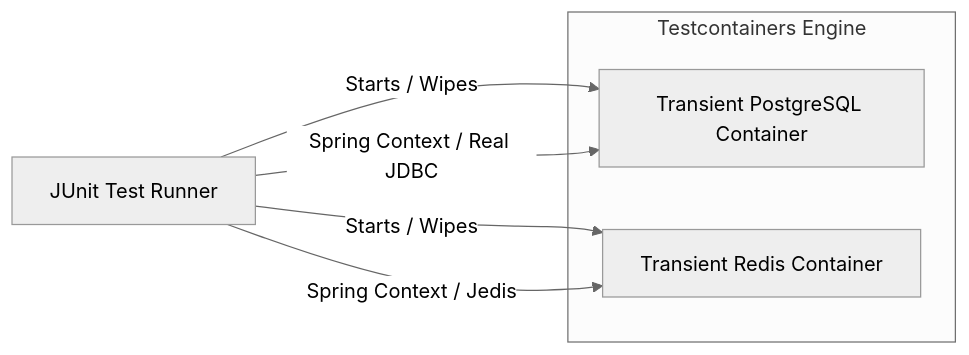
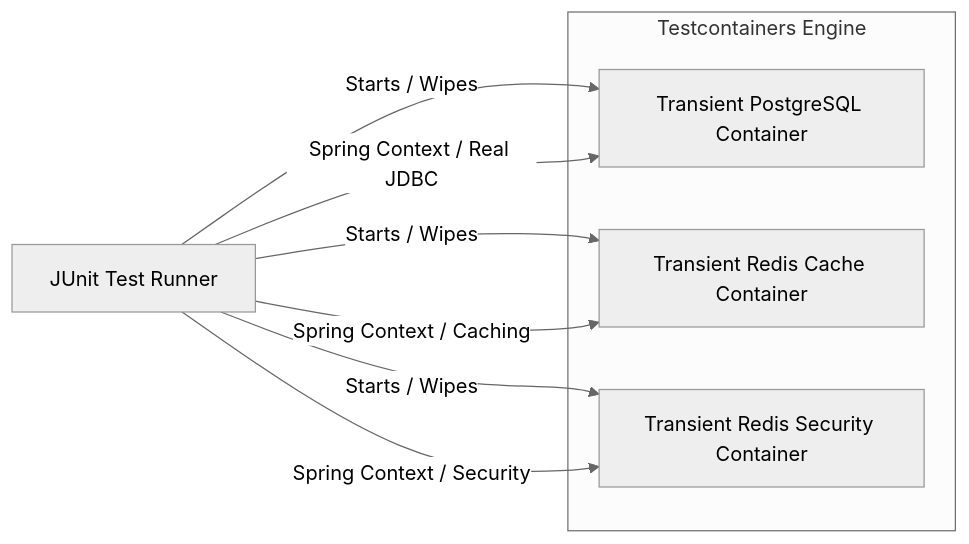
Before and after one commit to Dhruv0306/cloudshare-app: the diagram in docs/system-design/testing-strategy.md, drawn with Mermaid (neutral theme). The commit also changed other lines of this file, not shown here.

Commit message:
docs: configure dual-Redis Testcontainers in integration testing strategy

````diff
--- a/docs/system-design/testing-strategy.md
+++ b/docs/system-design/testing-strategy.md
@@ -71,13 +71,15 @@
 ```mermaid
 flowchart LR
     TestRunner[JUnit Test Runner]
     
     subgraph Testcontainers Engine
         PG[Transient PostgreSQL Container]
-        RD[Transient Redis Container]
+        RC[Transient Redis Cache Container]
+        RS[Transient Redis Security Container]
     end
 
-    TestRunner -->|Starts / Wipes| PG & RD
+    TestRunner -->|Starts / Wipes| PG & RC & RS
     TestRunner -->|Spring Context / Real JDBC| PG
-    TestRunner -->|Spring Context / Jedis| RD
+    TestRunner -->|Spring Context / Caching| RC
+    TestRunner -->|Spring Context / Security| RS
 ```
````
